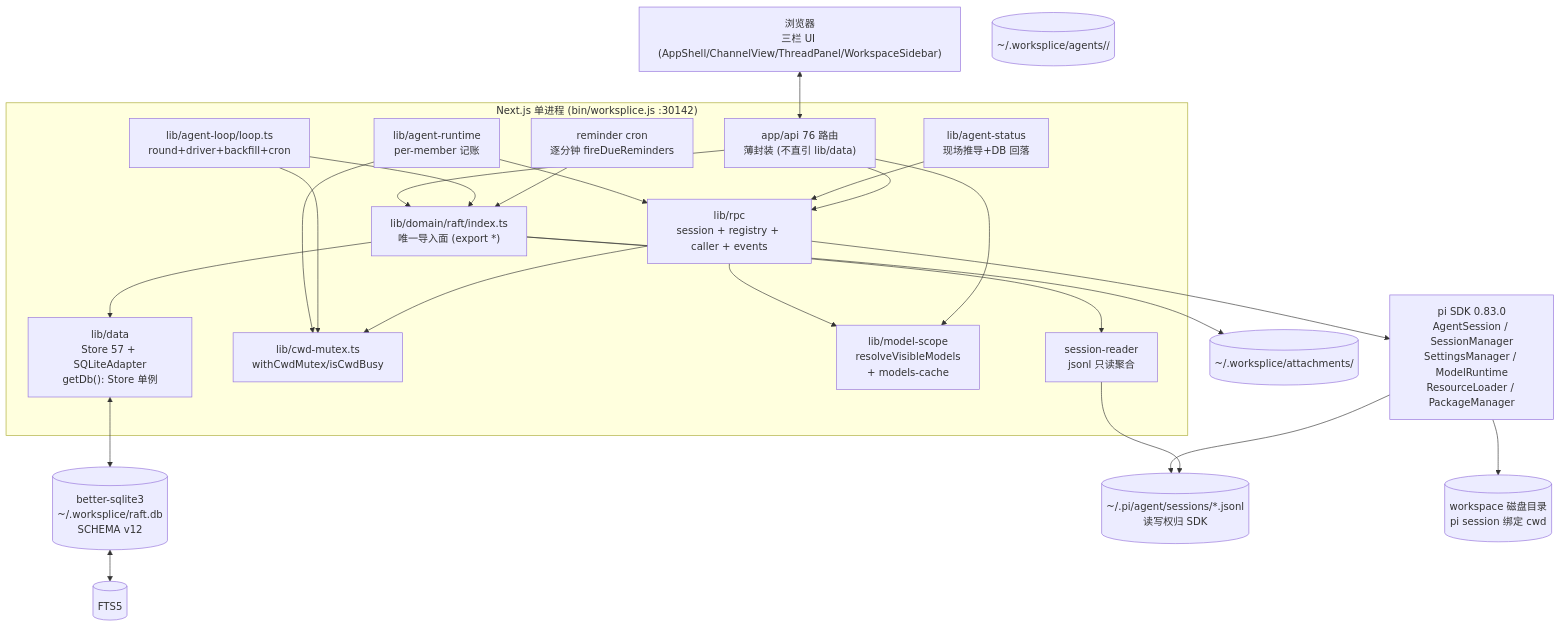
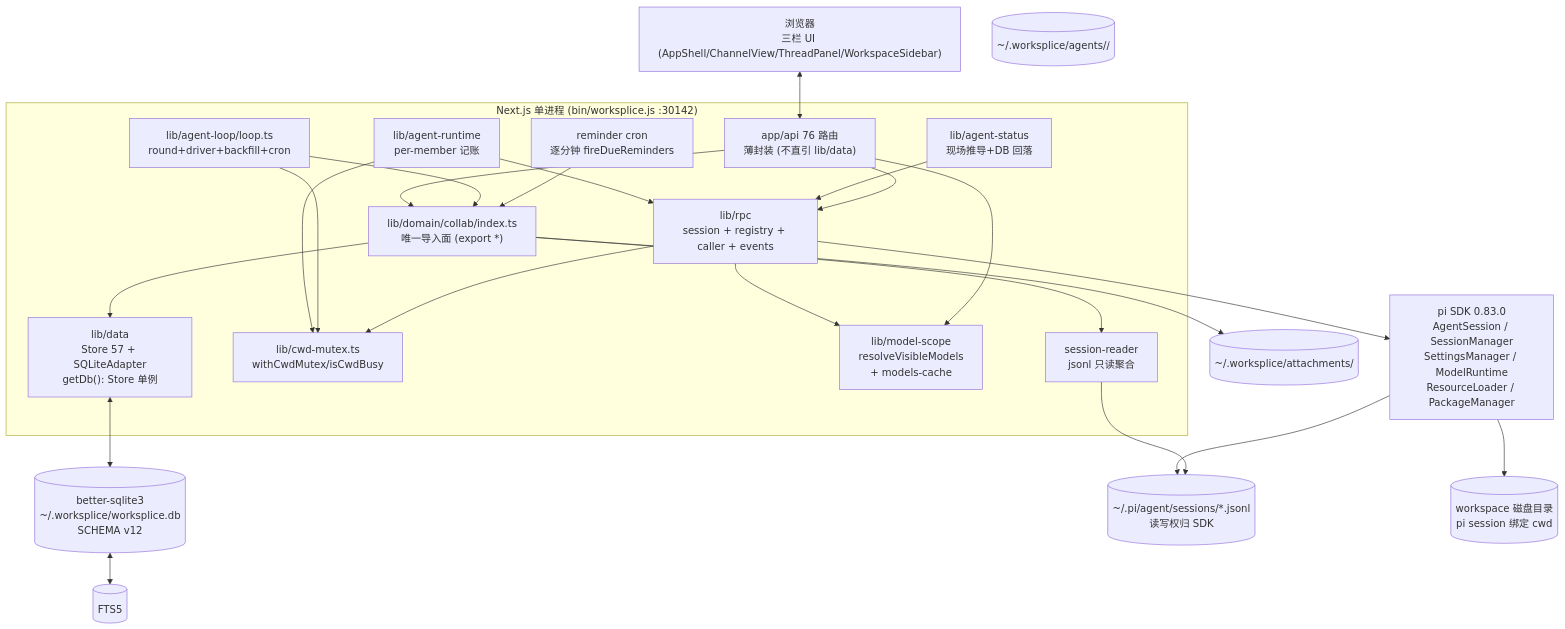
Before and after one commit to whutlichao/worksplice: the diagram in docs/spec-rebuild.md, drawn with Mermaid. The commit also changed other lines of this file and 136 other files, not shown here.

First line of the commit message:
refactor!: 与 raft 命名彻底切割（库文件 → worksplice.db，域目录 → lib/domain/collab/）

````diff
--- a/docs/spec-rebuild.md
+++ b/docs/spec-rebuild.md
@@ -106,45 +106,45 @@
 ```mermaid
 flowchart TB
   Browser["浏览器<br/>三栏 UI (AppShell/ChannelView/ThreadPanel/WorkspaceSidebar)"]
   subgraph App["Next.js 单进程 (bin/worksplice.js :30142)"]
     Routes["app/api 76 路由<br/>薄封装 (不直引 lib/data)"]
-    Facade["lib/domain/raft/index.ts<br/>唯一导入面 (export *)"]
+    Facade["lib/domain/collab/index.ts<br/>唯一导入面 (export *)"]
     Data["lib/data<br/>Store 57 + SQLiteAdapter<br/>getDb(): Store 单例"]
     Mutex["lib/cwd-mutex.ts<br/>withCwdMutex/isCwdBusy"]
     Rpc["lib/rpc<br/>session + registry + caller + events"]
     Loop["lib/agent-loop/loop.ts<br/>round+driver+backfill+cron"]
     Scope["lib/model-scope<br/>resolveVisibleModels<br/>+ models-cache"]
     Runtime["lib/agent-runtime<br/>per-member 记账"]
     Status["lib/agent-status<br/>现场推导+DB 回落"]
     Cron2["reminder cron<br/>逐分钟 fireDueReminders"]
     Reader["session-reader<br/>jsonl 只读聚合"]
   end
-  DB[("better-sqlite3<br/>~/.worksplice/raft.db<br/>SCHEMA v12")]
+  DB[("better-sqlite3<br/>~/.worksplice/worksplice.db<br/>SCHEMA v12")]
   FTS[("FTS5")]
   Attach[("~/.worksplice/attachments/")]
   Home[("~/.worksplice/agents/<slug>/")]
   SDK["pi SDK 0.83.0<br/>AgentSession / SessionManager<br/>SettingsManager / ModelRuntime<br/>ResourceLoader / PackageManager"]
   SESS[("~/.pi/agent/sessions/*.jsonl<br/>读写权归 SDK")]
   WS[("workspace 磁盘目录<br/>pi session 绑定 cwd")]
   Browser <--> Routes
   Routes --> Facade
   Facade --> Data
   Data <--> DB
   DB <--> FTS
   Facade --> Attach
   Loop --> Facade
   Cron2 --> Facade
   Rpc --> SDK
   SDK --> SESS
   SDK --> WS
   Reader --> SESS
   Facade --> Reader
   Runtime --> Mutex
   Loop --> Mutex
   Rpc --> Mutex
   Rpc --> Scope
   Runtime --> Rpc
   Status --> Rpc
   Routes --> Rpc
   Routes --> Scope
 ```
````
